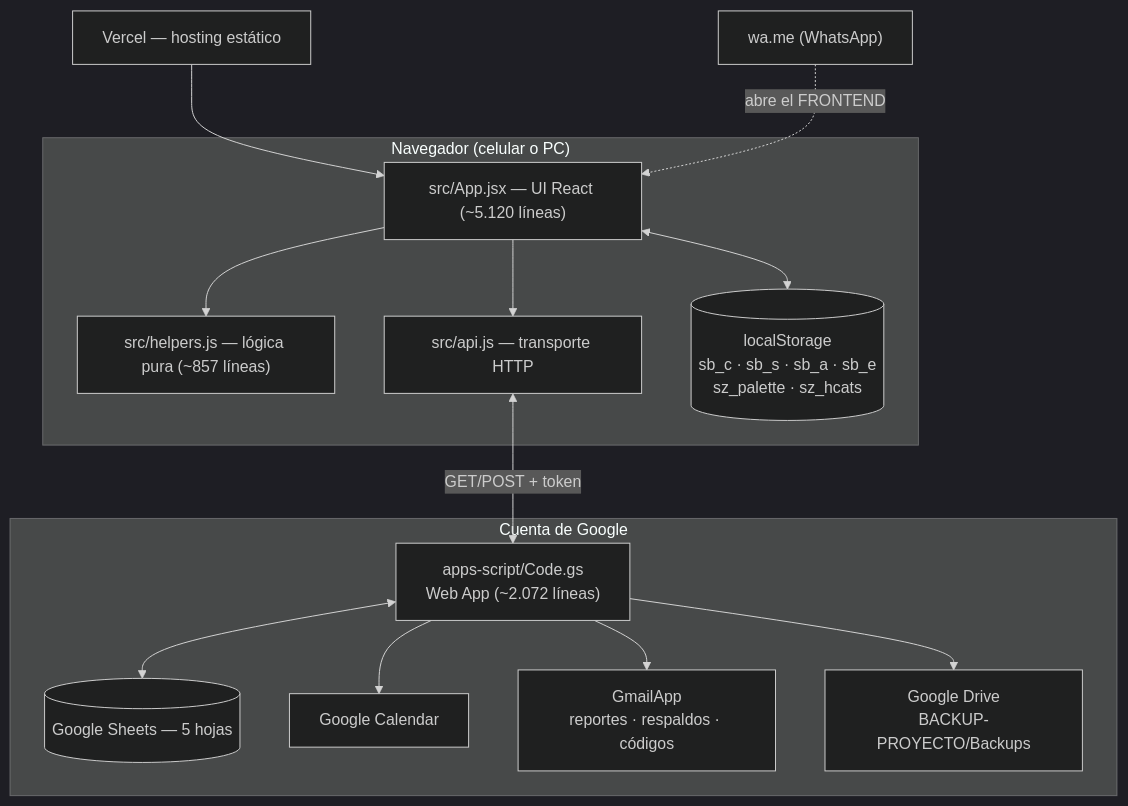
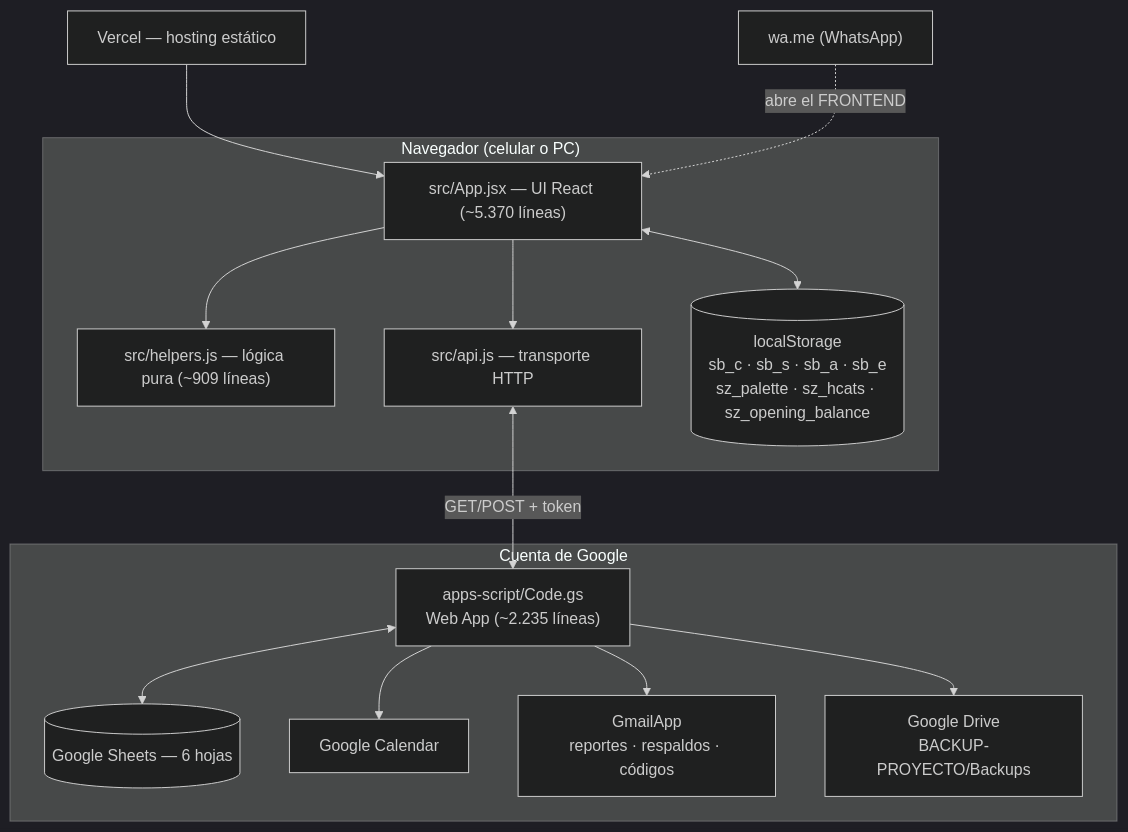
Before and after one commit to bryanm92s/WXYZ: the diagram in docs/ARQUITECTURA_Y_FUNCIONALIDADES.md, drawn with Mermaid (dark theme). The commit also changed other lines of this file and 18 other files, not shown here.

````diff
--- a/docs/ARQUITECTURA_Y_FUNCIONALIDADES.md
+++ b/docs/ARQUITECTURA_Y_FUNCIONALIDADES.md
@@ -41,28 +41,28 @@
 ```mermaid
 flowchart TD
     subgraph Cliente["Navegador (celular o PC)"]
-        UI["src/App.jsx — UI React (~5.120 líneas)"]
-        HLP["src/helpers.js — lógica pura (~857 líneas)"]
+        UI["src/App.jsx — UI React (~5.370 líneas)"]
+        HLP["src/helpers.js — lógica pura (~909 líneas)"]
         API["src/api.js — transporte HTTP"]
-        LS[("localStorage<br/>sb_c · sb_s · sb_a · sb_e<br/>sz_palette · sz_hcats")]
+        LS[("localStorage<br/>sb_c · sb_s · sb_a · sb_e<br/>sz_palette · sz_hcats · sz_opening_balance")]
         UI --> HLP
         UI --> API
         UI <--> LS
     end
 
     subgraph Google["Cuenta de Google"]
-        GAS["apps-script/Code.gs<br/>Web App (~2.072 líneas)"]
-        SH[("Google Sheets — 5 hojas")]
+        GAS["apps-script/Code.gs<br/>Web App (~2.235 líneas)"]
+        SH[("Google Sheets — 6 hojas")]
         CAL["Google Calendar"]
         GMAIL["GmailApp<br/>reportes · respaldos · códigos"]
         DRV["Google Drive<br/>BACKUP-PROYECTO/Backups"]
         GAS <--> SH
         GAS --> CAL
         GAS --> GMAIL
         GAS --> DRV
     end
 
     Vercel["Vercel — hosting estático"] --> UI
     API <-->|"GET/POST + token"| GAS
     WA["wa.me (WhatsApp)"] -.->|"abre el FRONTEND"| UI
 ```
````
